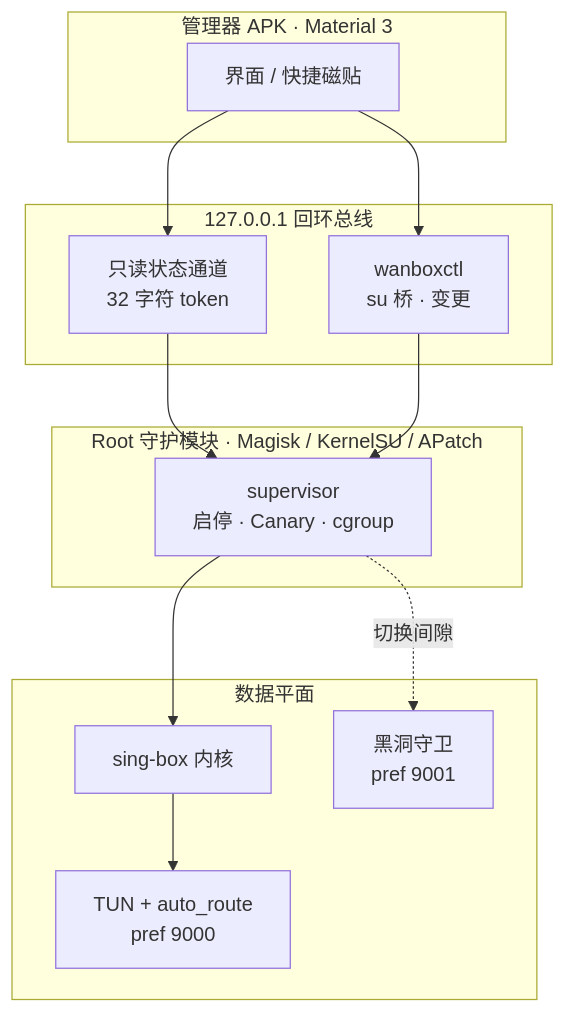
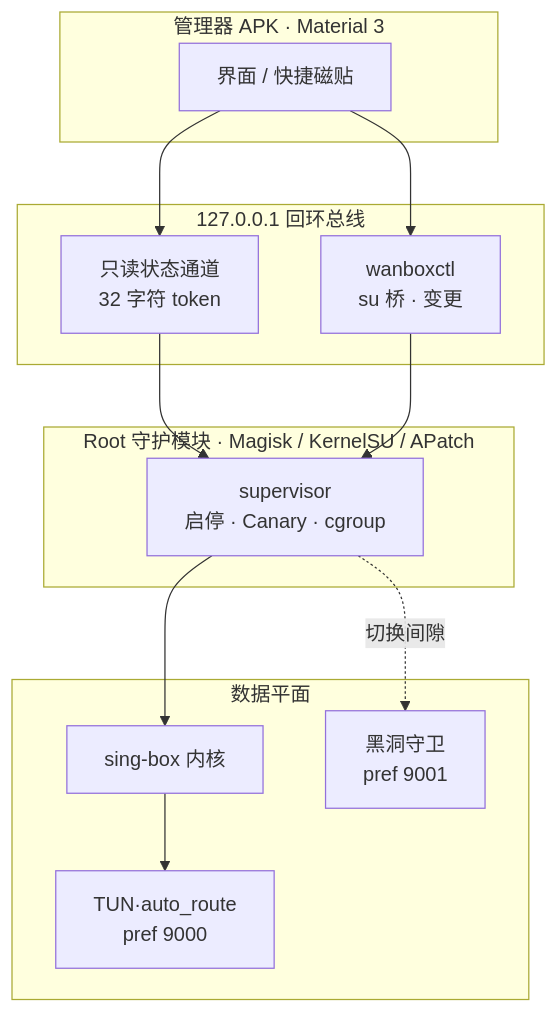
One commit to Wuwan94/wanBoxForAndroid changed the diagram in README.md. Above: the diagram before and after it, drawn with Mermaid. The commit also changed other lines of this file, not shown here.

Commit message:
docs(readme): 指标条改为四列表格、架构图节点避免换行｜并存：是｜回退：还原 README.md

````diff
--- a/README.md
+++ b/README.md
@@ -99,22 +94,22 @@
 ```mermaid
 flowchart TB
     subgraph APP["管理器 APK · Material 3"]
         UI["界面 / 快捷磁贴"]
     end
     subgraph BUS["127.0.0.1 回环总线"]
         CH["只读状态通道<br/>32 字符 token"]
         CTL["wanboxctl<br/>su 桥 · 变更"]
     end
     subgraph MOD["Root 守护模块 · Magisk / KernelSU / APatch"]
         SUP["supervisor<br/>启停 · Canary · cgroup"]
     end
     subgraph DATA["数据平面"]
         SB["sing-box 内核"]
-        TUN["TUN + auto_route<br/>pref 9000"]
+        TUN["TUN·auto_route<br/>pref 9000"]
         G["黑洞守卫<br/>pref 9001"]
     end
     UI --> CH --> SUP
     UI --> CTL --> SUP
     SUP --> SB --> TUN
     SUP -.->|切换间隙| G
 ```
````
